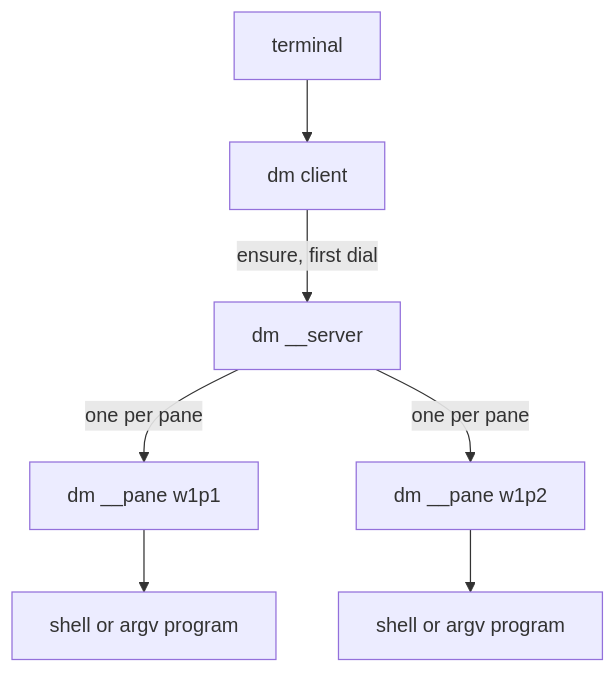
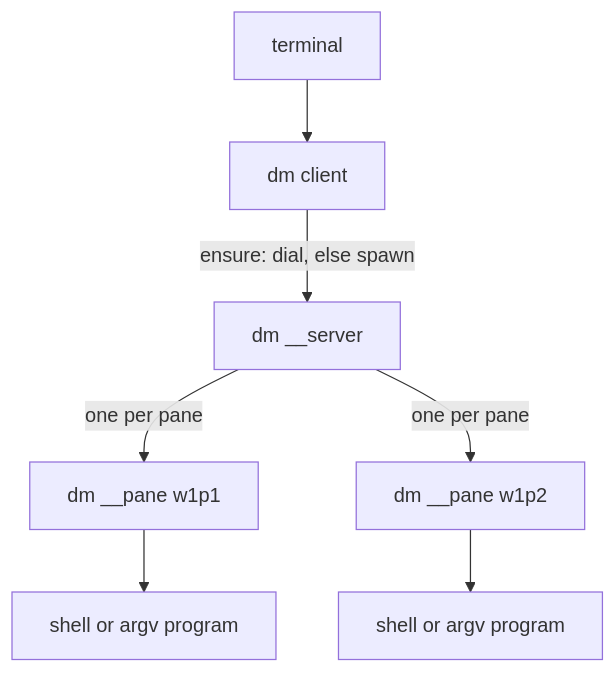
Before and after one commit to ladydascalie/dm: the first of 2 diagrams in docs/internals/01-entry-point.md, drawn with Mermaid. The commit also changed other lines of this file and 13 other files, not shown here.

````diff
--- a/docs/internals/01-entry-point.md
+++ b/docs/internals/01-entry-point.md
@@ -66,9 +76,9 @@
 ```mermaid
 flowchart TD
     T["terminal"] --> C["dm client"]
-    C -->|"ensure, first dial"| S["dm __server"]
+    C -->|"ensure: dial, else spawn"| S["dm __server"]
     S -->|"one per pane"| P1["dm __pane w1p1"]
     S -->|"one per pane"| P2["dm __pane w1p2"]
     P1 --> H1["shell or argv program"]
     P2 --> H2["shell or argv program"]
 ```
````
